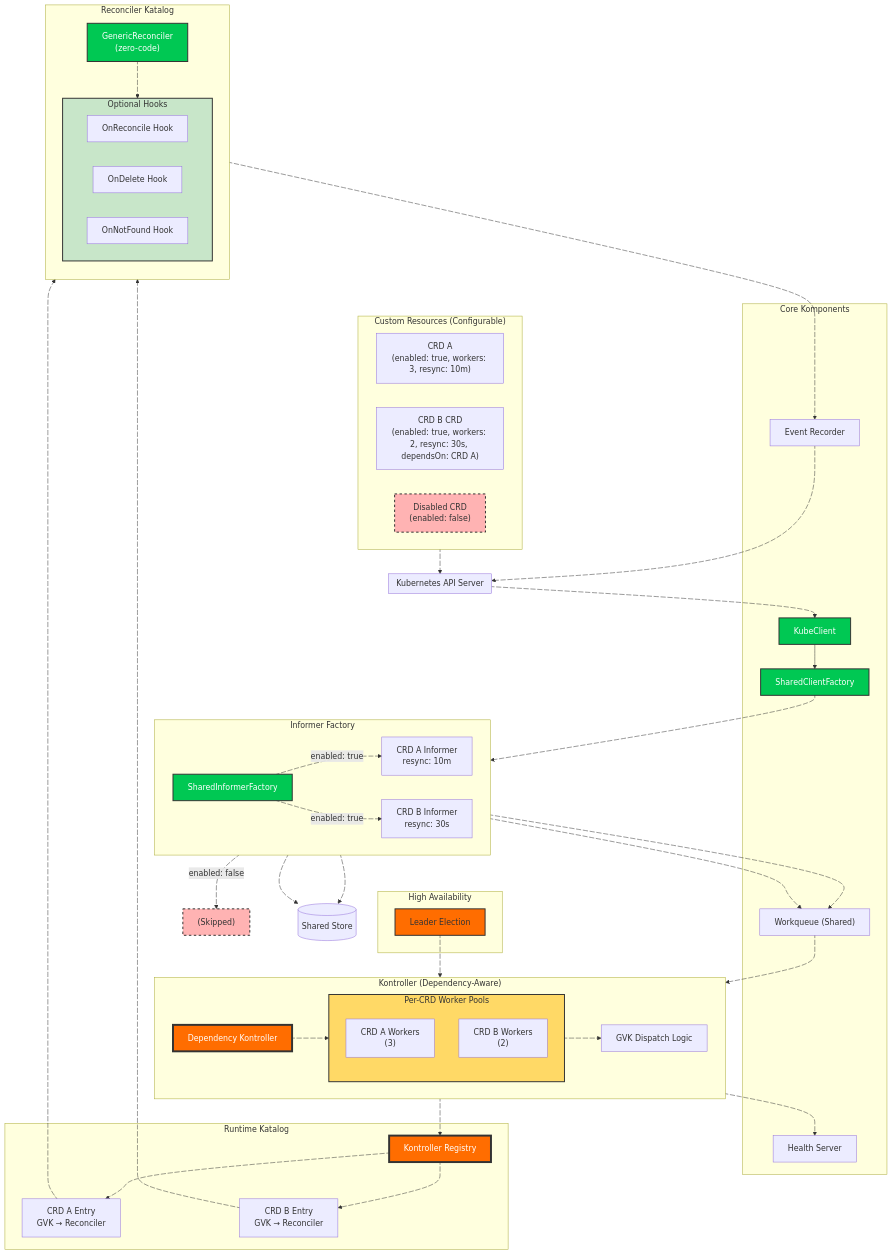
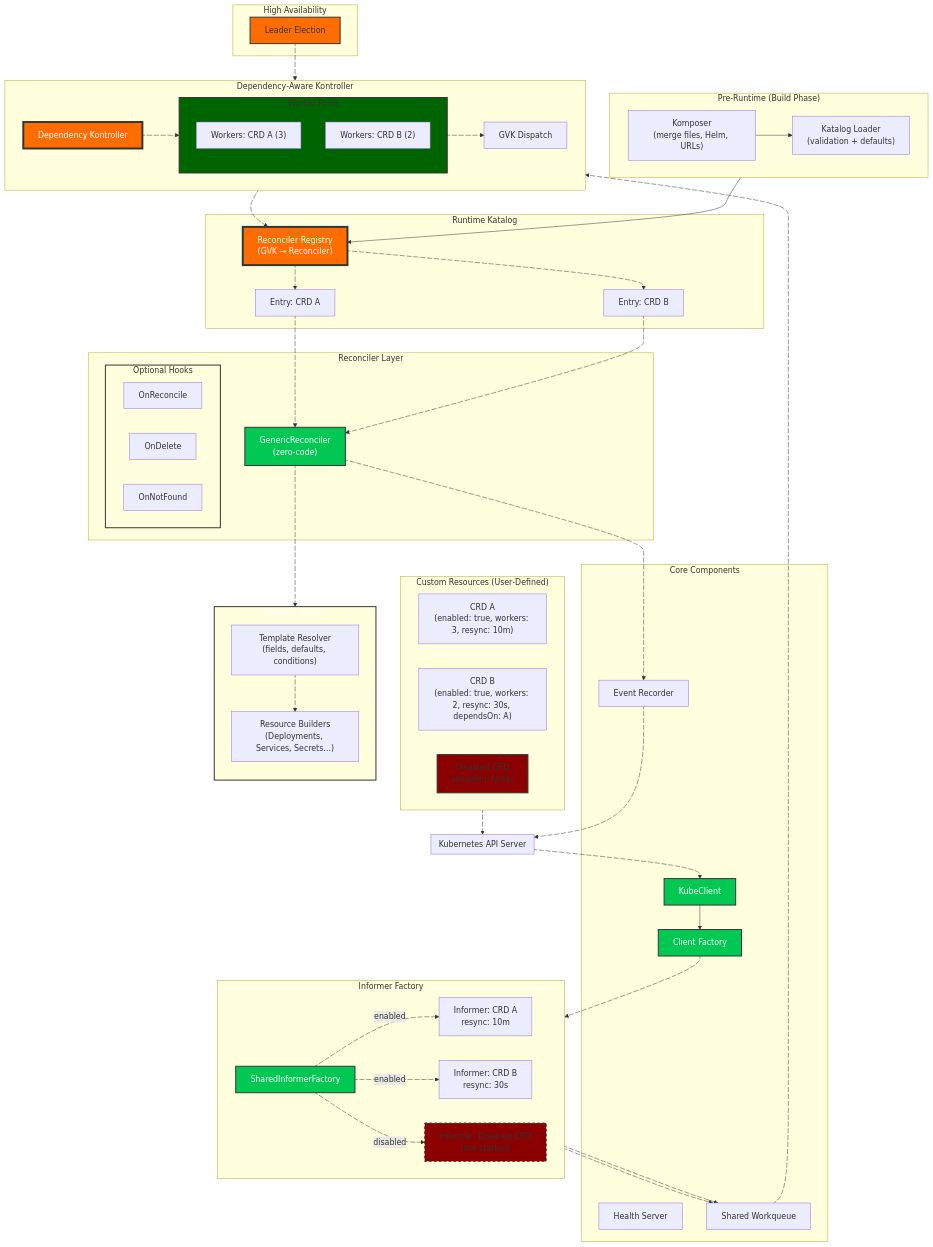
One commit to iAlexeze/orkestra changed the first of 3 diagrams in docs/full-architecture-view.md. Above: the diagram before and after it, drawn with Mermaid. The commit also changed other lines of this file and 22 other files, not shown here.

````diff
--- a/docs/full-architecture-view.md
+++ b/docs/full-architecture-view.md
@@ -3,107 +29,171 @@
 ```mermaid
 flowchart TB
- subgraph CRDs["Custom Resources (Configurable)"]
-        P["CRD A<br/>(enabled: true, workers: 3, resync: 10m)"]
-        M["CRD B CRD<br/>(enabled: true, workers: 2, resync: 30s, dependsOn: CRD A)"]
-        D["Disabled CRD<br/>(enabled: false)"]
-  end
- subgraph API["Kubernetes API Server"]
-  end
- subgraph Core["Core Komponents"]
-        KC["KubeClient"]
-        FC["SharedClientFactory"]
-        EV["Event Recorder"]
-        HS["Health Server"]
-        WQ["Workqueue (Shared)"]
-  end
- subgraph Informers["Informer Factory"]
+
+%% ============================
+%% PRE-RUNTIME (KATALOG BUILD)
+%% ============================
+subgraph PreRuntime["Pre‑Runtime (Build Phase)"]
     direction LR
-        SIF["SharedInformerFactory"]
-        PI["CRD A Informer<br/>resync: 10m"]
-        MI["CRD B Informer<br/>resync: 30s"]
-  end
- subgraph Katalog["Runtime Katalog"]
-        REG["Kontroller Registry"]
-        R1["CRD A Entry<br/>GVK → Reconciler"]
-        R2["CRD B Entry<br/>GVK → Reconciler"]
-  end
- subgraph Workers["Per-CRD Worker Pools"]
-        W1["CRD A Workers<br/>(3)"]
-        W2["CRD B Workers<br/>(2)"]
-  end
- subgraph Kontroller["Kontroller (Dependency-Aware)"]
+    KOMP["Komposer<br/>(merge files, Helm, URLs)"]
+    KAT["Katalog Loader<br/>(validation + defaults)"]
+    KOMP --> KAT
+end
+
+%% ============================
+%% CRDs
+%% ============================
+subgraph CRDs["Custom Resources (User‑Defined)"]
+    P["CRD A<br/>(enabled: true, workers: 3, resync: 10m)"]
+    M["CRD B<br/>(enabled: true, workers: 2, resync: 30s, dependsOn: A)"]
+    D["Disabled CRD<br/>(enabled: false)"]
+end
+
+%% ============================
+%% API SERVER
+%% ============================
+subgraph API["Kubernetes API Server"]
+end
+
+%% ============================
+%% CORE COMPONENTS
+%% ============================
+subgraph Core["Core Components"]
+    KC["KubeClient"]
+    CF["Client Factory"]
+    EV["Event Recorder"]
+    HS["Health Server"]
+    WQ["Shared Workqueue"]
+end
+
+%% ============================
+%% INFORMERS
+%% ============================
+subgraph Informers["Informer Factory"]
     direction LR
-        C["Dependency Kontroller"]
-        Workers
-        DISPATCH["GVK Dispatch Logic"]
-  end
- subgraph Reconcilers["Reconciler Katalog"]
-        direction TB
-        GR["GenericReconciler<br/>(zero-code)"]
-        subgraph Hooks["Optional Hooks"]
-            H1["OnReconcile Hook"]
-            H2["OnDelete Hook"]
-            H3["OnNotFound Hook"]
-        end
-  end
- subgraph HA["High Availability"]
-        LE["Leader Election"]
-  end
-    CRDs --> API
-    API --> KC
-    KC --> FC
-    FC --> SIF
-    SIF -.->|enabled: true| PI & MI
-    SIF -.->|enabled: false| DI["(Skipped)"]
-    PI --> STORE[("Shared Store")] & WQ
-    MI --> STORE & WQ
-    WQ --> C
-    C --> Workers & HS
-    Workers --> DISPATCH
-    DISPATCH --> REG
-    REG --> R1 & R2
-    R1 -.-> GR
-    R2 -.-> GR
-    GR -.-> Hooks
-    GR --> EV
-    LE --> C
-    EV --> API
+    SIF["SharedInformerFactory"]
+    PI["Informer: CRD A<br/>resync: 10m"]
+    MI["Informer: CRD B<br/>resync: 30s"]
+    DI["Informer: Disabled CRD<br/>(not started)"]
+end
 
-    style D fill:#FFB3B3,stroke:#333,stroke-width:2px
-    style DI fill:#FFB3B3,stroke:#333,stroke-width:2px,stroke-dasharray: 5 5
-    style KC fill:#00C853,stroke:#333,stroke-width:2px,color:#FFFFFF
-    style FC fill:#00C853,stroke:#333,stroke-width:2px,color:#FFFFFF
-    style SIF fill:#00C853,stroke:#333,stroke-width:2px,color:#FFFFFF
-    style REG fill:#FF6D00,stroke:#333,stroke-width:4px,color:#FFFFFF
-    style C fill:#FF6D00,stroke:#333,stroke-width:4px,color:#FFFFFF
-    style Workers fill:#FFD966,stroke:#333,stroke-width:2px
-    style GR fill:#00C853,stroke:#333,stroke-width:2px,color:#FFFFFF
-    style LE fill:#FF6D00,stroke:#333,stroke-width:2px
-    style Hooks fill:#C8E6C9,stroke:#333,stroke-width:2px
-    classDef disabled fill:#FFB3B3,stroke:#333,stroke-width:2px,stroke-dasharray: 5 5
-    class D,DI disabled
+%% ============================
+%% RUNTIME KATALOG
+%% ============================
+subgraph RuntimeKatalog["Runtime Katalog"]
+    REG["Reconciler Registry<br/>(GVK → Reconciler)"]
+    R1["Entry: CRD A"]
+    R2["Entry: CRD B"]
+end
 
-    L_CRDs_API_0@{ animation: fast } 
-    L_API_KC_0@{ animation: fast } 
-    L_FC_SIF_0@{ animation: fast } 
-    L_SIF_PI_0@{ animation: fast } 
-    L_SIF_MI_0@{ animation: fast } 
-    L_SIF_DI_0@{ animation: fast } 
-    L_PI_STORE_0@{ animation: fast } 
-    L_PI_WQ_0@{ animation: fast } 
-    L_MI_STORE_0@{ animation: fast } 
-    L_MI_WQ_0@{ animation: fast } 
-    L_WQ_C_0@{ animation: fast } 
-    L_C_Workers_0@{ animation: fast } 
-    L_C_HS_0@{ animation: fast } 
-    L_Workers_DISPATCH_0@{ animation: fast } 
-    L_DISPATCH_REG_0@{ animation: fast } 
-    L_REG_R1_0@{ animation: fast } 
-    L_REG_R2_0@{ animation: fast } 
-    L_R1_GR_0@{ animation: slow } 
-    L_R2_GR_0@{ animation: slow } 
-    L_GR_Hooks_0@{ animation: slow } 
-    L_GR_EV_0@{ animation: fast } 
-    L_LE_C_0@{ animation: fast } 
-    L_EV_API_0@{ animation: fast }
+%% ============================
+%% TEMPLATE ENGINE
+%% ============================
+subgraph TemplateEngine["Template Engine"]
+    direction TB
+    RES["Template Resolver<br/>(fields, defaults, conditions)"]
+    TE["Resource Builders<br/>(Deployments, Services, Secrets…)"]
+end
+
+%% ============================
+%% WORKERS + KONTROLLER
+%% ============================
+subgraph Kontroller["Dependency‑Aware Kontroller"]
+    direction LR
+    C["Dependency Kontroller"]
+    subgraph Pools["Worker Pools"]
+        W1["Workers: CRD A (3)"]
+        W2["Workers: CRD B (2)"]
+    end
+    DISPATCH["GVK Dispatch"]
+end
+
+%% ============================
+%% RECONCILERS
+%% ============================
+subgraph Reconcilers["Reconciler Layer"]
+    GR["GenericReconciler<br/>(zero‑code)"]
+    subgraph Hooks["Optional Hooks"]
+        H1["OnReconcile"]
+        H2["OnDelete"]
+        H3["OnNotFound"]
+    end
+end
+
+%% ============================
+%% HIGH AVAILABILITY
+%% ============================
+subgraph HA["High Availability"]
+    LE["Leader Election"]
+end
+
+%% ============================
+%% CONNECTIONS
+%% ============================
+CRDs --> API
+API --> KC
+KC --> CF
+CF --> SIF
+SIF -.->|enabled| PI & MI
+SIF -.->|disabled| DI
+
+PI --> WQ
+MI --> WQ
+
+WQ --> C
+C --> Pools
+Pools --> DISPATCH
+DISPATCH --> REG
+REG --> R1 & R2
+R1 --> GR
+R2 --> GR
+
+GR --> RES
+RES --> TE
+GR --> EV
+
+LE --> C
+EV --> API
+
+KAT --> REG
+
+%% ============================
+%% STYLING
+%% ============================
+style D fill:darkred,stroke:#333,stroke-width:2px
+style DI fill:darkred,stroke:#333,stroke-width:2px,stroke-dasharray: 5 5
+style KC fill:#00C853,stroke:#333,stroke-width:2px,color:#FFFFFF
+style CF fill:#00C853,stroke:#333,stroke-width:2px,color:#FFFFFF
+style SIF fill:#00C853,stroke:#333,stroke-width:2px,color:#FFFFFF
+style REG fill:#FF6D00,stroke:#333,stroke-width:4px,color:#FFFFFF
+style C fill:#FF6D00,stroke:#333,stroke-width:4px,color:#FFFFFF
+style Pools fill:darkgreen,stroke:#333,stroke-width:2px
+style GR fill:#00C853,stroke:#333,stroke-width:2px,color:#FFFFFF
+style LE fill:#FF6D00,stroke:#333,stroke-width:2px
+style Hooks fill:nofill,stroke:#333,stroke-width:2px
+style TemplateEngine stroke:#333,stroke-width:2px,color:#FFFFFF
+
+%% ============================
+%% ANIMATIONS
+%% ============================
+L_CRDs_API_0@{ animation: fast }
+L_API_KC_0@{ animation: fast }
+L_CF_SIF_0@{ animation: fast }
+L_SIF_PI_0@{ animation: fast }
+L_SIF_MI_0@{ animation: fast }
+L_SIF_DI_0@{ animation: fast }
+L_PI_WQ_0@{ animation: fast }
+L_MI_WQ_0@{ animation: fast }
+L_WQ_C_0@{ animation: fast }
+L_C_Pools_0@{ animation: fast }
+L_Pools_DISPATCH_0@{ animation: fast }
+L_DISPATCH_REG_0@{ animation: fast }
+L_REG_R1_0@{ animation: slow }
+L_REG_R2_0@{ animation: slow }
+L_R1_GR_0@{ animation: slow }
+L_R2_GR_0@{ animation: slow }
+L_GR_RES_0@{ animation: slow }
+L_RES_TE_0@{ animation: slow }
+L_GR_EV_0@{ animation: fast }
+L_LE_C_0@{ animation: fast }
+L_EV_API_0@{ animation: fast }
 ```
````
